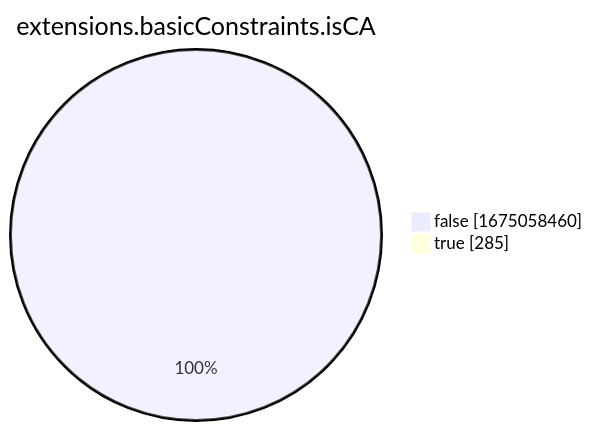
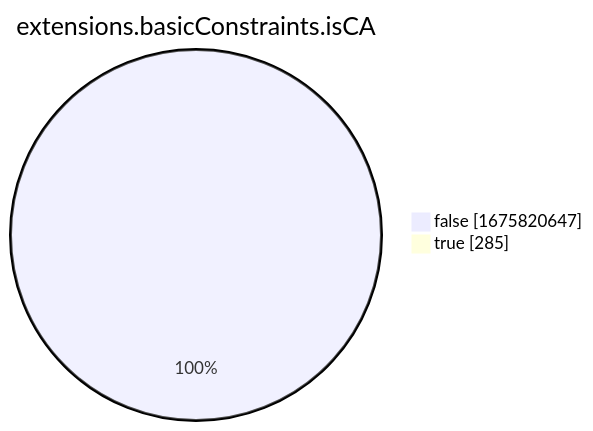
One commit to christiankrug/ctmonitor_visualization changed the eighth of 15 diagrams in xenon2022/README.md. Above: the diagram before and after it, drawn with Mermaid. The commit also changed other lines of this file, not shown here.

````diff
--- a/xenon2022/README.md
+++ b/xenon2022/README.md
@@ -2865,6 +2865,6 @@
 ```mermaid
 pie showData
 title extensions.basicConstraints.isCA
-"false" :1675058460
+"false" :1675820647
 "true" :285
 ```
````
